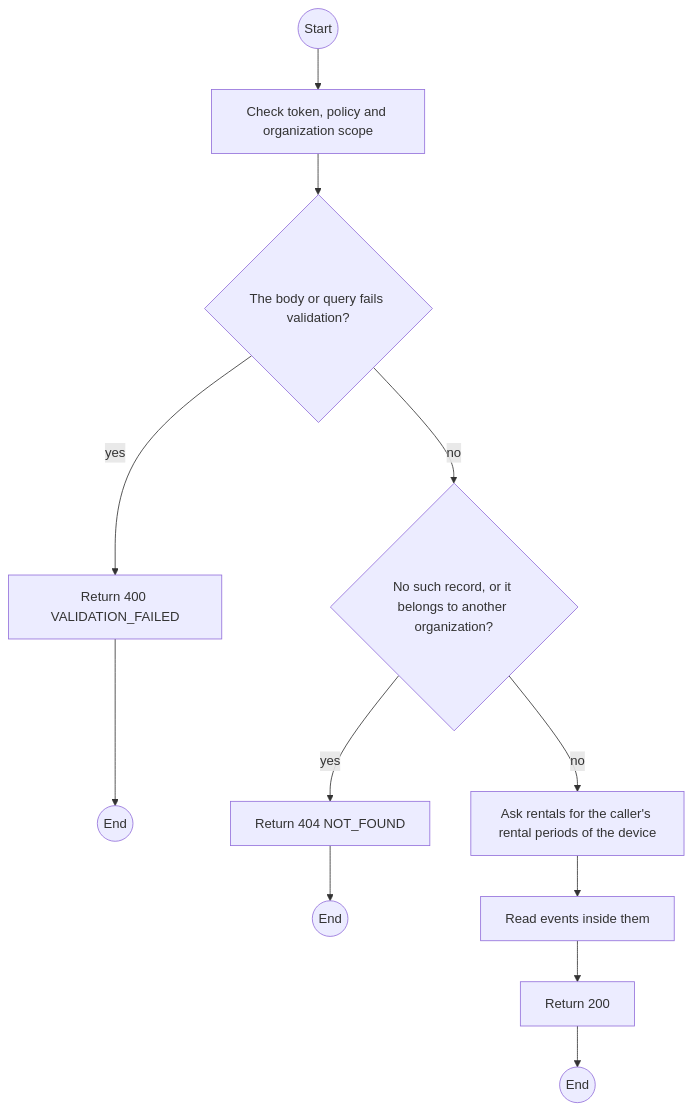
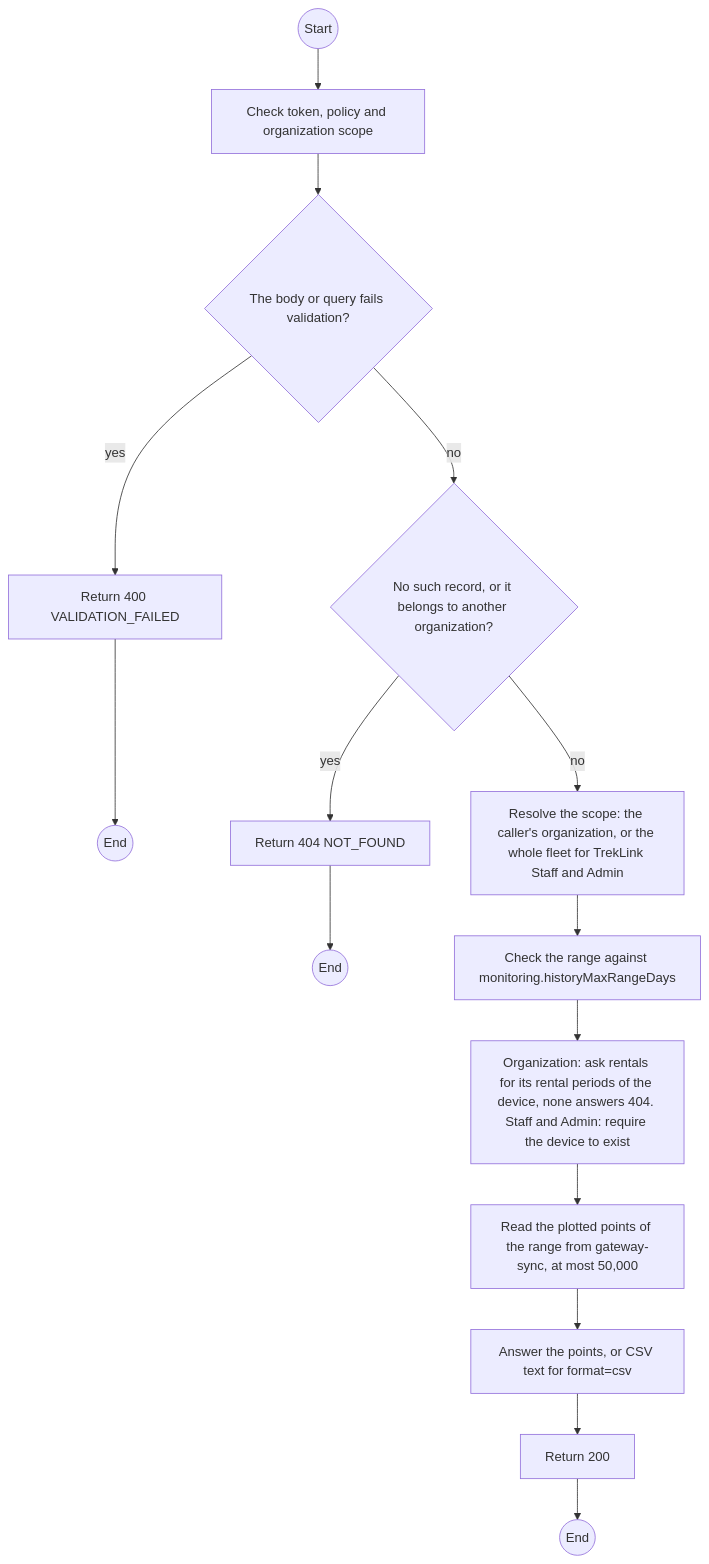
The first of 2 diagrams in specs/monitoring/api-design/03-get-telemetry-devices-id-history.md (TrekLink-Team/treklink-web), drawn with Mermaid before and after one commit. The commit also changed other lines of this file and 2 other files, not shown here.

First line of the commit message:
docs: redraw the monitoring history sequence from the controller and services

````diff
--- a/specs/monitoring/api-design/03-get-telemetry-devices-id-history.md
+++ b/specs/monitoring/api-design/03-get-telemetry-devices-id-history.md
@@ -155,23 +155,29 @@
 ```mermaid
 flowchart TB
     S((Start))
     A0["Check token, policy and organization scope"]
     S --> A0
     D1{"The body or query fails validation?"}
     A0 --> D1
     E1["Return 400 VALIDATION_FAILED"]
     D1 -->|yes| E1
     E1 --> X1((End))
     D2{"No such record, or it belongs to another organization?"}
     D1 -->|no| D2
     E2["Return 404 NOT_FOUND"]
     D2 -->|yes| E2
     E2 --> X2((End))
-    P0["Ask rentals for the caller's rental periods of the device"]
+    P0["Resolve the scope: the caller's organization, or the whole fleet for TrekLink Staff and Admin"]
     D2 -->|no| P0
-    P1["Read events inside them"]
+    P1["Check the range against monitoring.historyMaxRangeDays"]
     P0 --> P1
+    P2["Organization: ask rentals for its rental periods of the device, none answers 404. Staff and Admin: require the device to exist"]
+    P1 --> P2
+    P3["Read the plotted points of the range from gateway-sync, at most 50,000"]
+    P2 --> P3
+    P4["Answer the points, or CSV text for format=csv"]
+    P3 --> P4
     OK["Return 200"]
-    P1 --> OK
+    P4 --> OK
     OK --> Z((End))
 ```
````
